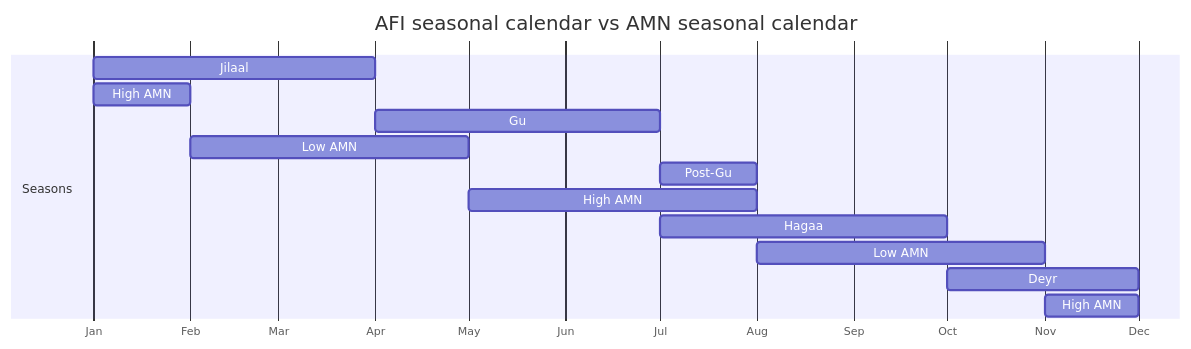
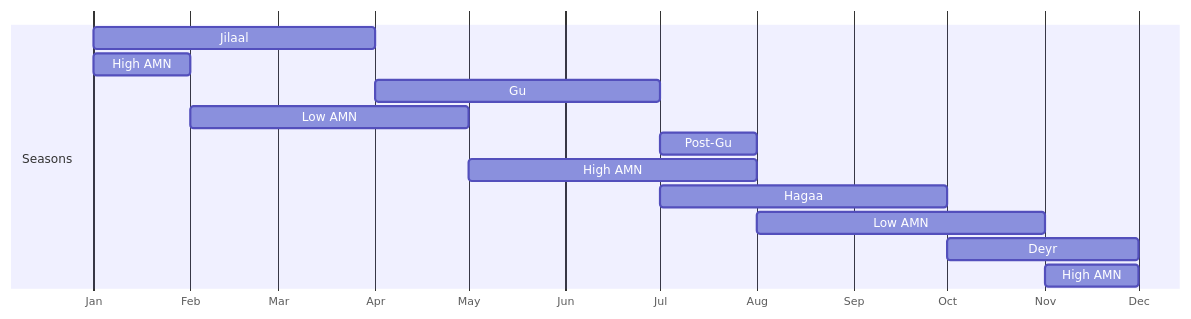
The eighth of 10 diagrams in report.qmd (nutimes/som-sam-admit), drawn with Mermaid before and after one commit. The commit also changed other lines of this file and 1 other file, not shown here.

````diff
--- a/report.qmd
+++ b/report.qmd
@@ -634,20 +648,20 @@
 ```{mermaid}
 %%| label: fig-afi-amn-calendar-agropastoral
+%%| fig-cap: AFI seasonal calendar vs AMN seasonal calendar
 
 gantt
-    title AFI seasonal calendar vs AMN seasonal calendar
     dateFormat M
     axisFormat %b
     todayMarker off
     section Seasons
     Jilaal :afi1, 1, 4
     High AMN :amn1, 1, 2
     Gu     :afi2, 4, 7
     Low AMN :amn2, 2, 5
     Post-Gu:afi3, 7, 8
     High AMN :amn3, 5, 8
     Hagaa  :afi4, 7, 10
     Low AMN :amn4, 8, 11
     Deyr   :afi5, 10, 12
     High AMN : amn5, 11, 12
 ```
````
